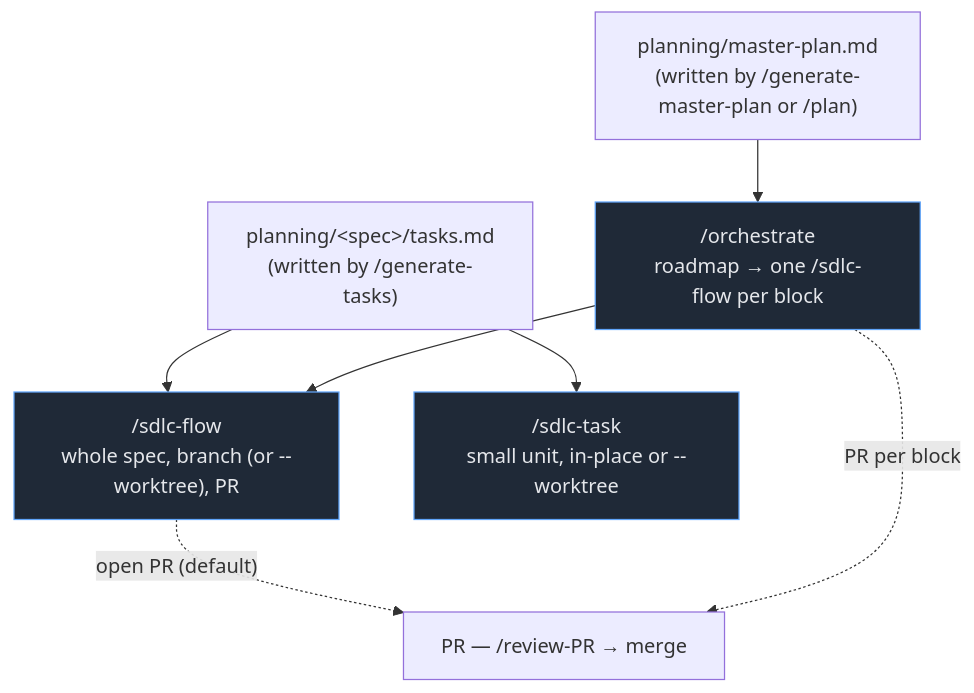
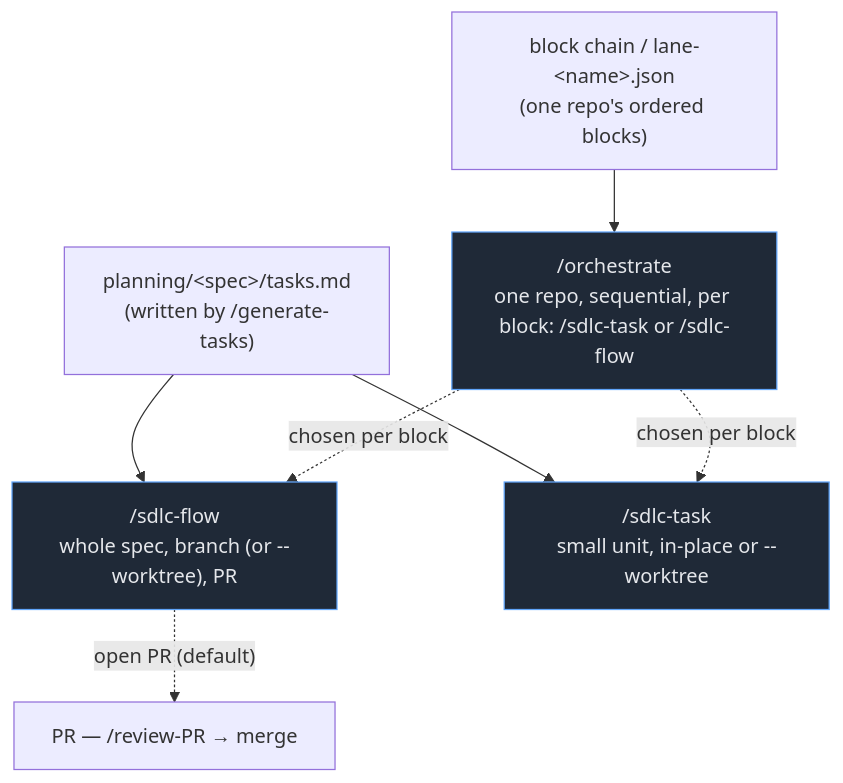
One commit to bredmond1019/agentic-base-template changed the diagram in docs/workflows/index.md. Above: the diagram before and after it, drawn with Mermaid. The commit also changed other lines of this file and 1 other file, not shown here.

Commit message:
feat: implement BT.ticket.orchestration-lifecycle-doc-task2

````diff
--- a/docs/workflows/index.md
+++ b/docs/workflows/index.md
@@ -49,17 +53,17 @@
 ```mermaid
 flowchart TD
     plan["planning/&lt;spec&gt;/tasks.md<br/>(written by /generate-tasks)"]
-    roadmap["planning/master-plan.md<br/>(written by /generate-master-plan or /plan)"]
+    lane["block chain / lane-&lt;name&gt;.json<br/>(one repo's ordered blocks)"]
 
     plan --> flow["/sdlc-flow<br/>whole spec, branch (or --worktree), PR"]
     plan --> task["/sdlc-task<br/>small unit, in-place or --worktree"]
 
-    roadmap --> orch["/orchestrate<br/>roadmap → one /sdlc-flow per block"]
-    orch --> flow
+    lane --> orch["/orchestrate<br/>one repo, sequential, per block: /sdlc-task or /sdlc-flow"]
+    orch -. "chosen per block" .-> flow
+    orch -. "chosen per block" .-> task
 
     flow -. "open PR (default)" .-> pr["PR — /review-PR → merge"]
-    orch -. "PR per block" .-> pr
 
     classDef engine fill:#1f2937,stroke:#60a5fa,color:#e5e7eb;
     class flow,task,orch engine;
 ```
````
